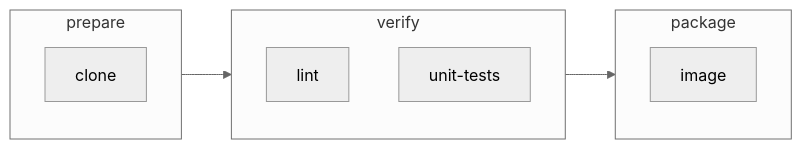
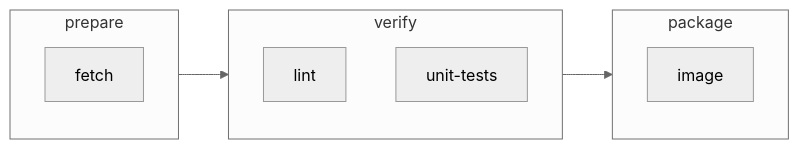
The first of 2 diagrams in docs/01-mental-model.md (elliottmoos/stagecraft), drawn with Mermaid (neutral theme) before and after one commit. The commit also changed other lines of this file and 25 other files, not shown here.

````diff
--- a/docs/01-mental-model.md
+++ b/docs/01-mental-model.md
@@ -16,15 +16,15 @@
 ```mermaid
 flowchart LR
   subgraph s0["prepare"]
-    s0b0["clone"]
+    s0b0["fetch"]
   end
   subgraph s1["verify"]
     s1b0["lint"]
     s1b1["unit-tests"]
   end
   subgraph s2["package"]
     s2b0["image"]
   end
   s0 --> s1
   s1 --> s2
 ```
````
